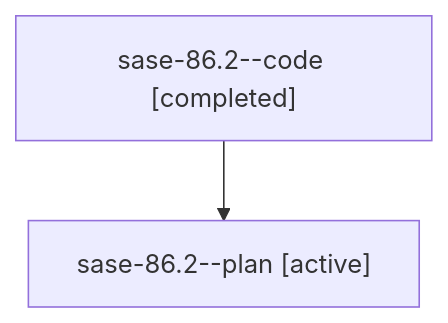
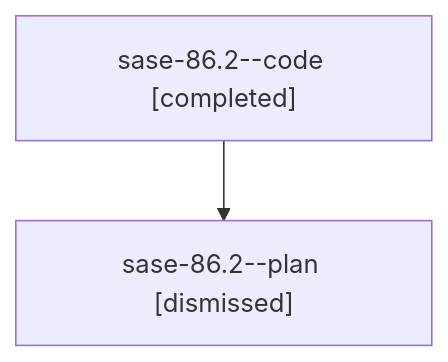
One commit to sase-org/sase--agents changed the diagram in sessions/bbugyi200.athena.sase-86.2.md. Above: the diagram before and after it, drawn with Mermaid. The commit also changed other lines of this file and 88 other files, not shown here.

````diff
--- a/sessions/bbugyi200.athena.sase-86.2.md
+++ b/sessions/bbugyi200.athena.sase-86.2.md
@@ -9,6 +9,6 @@
 ```mermaid
 flowchart TD
   n0["sase-86.2--code [completed]"]
-  n1["sase-86.2--plan [active]"]
+  n1["sase-86.2--plan [dismissed]"]
   n0 --> n1
 ```
````
